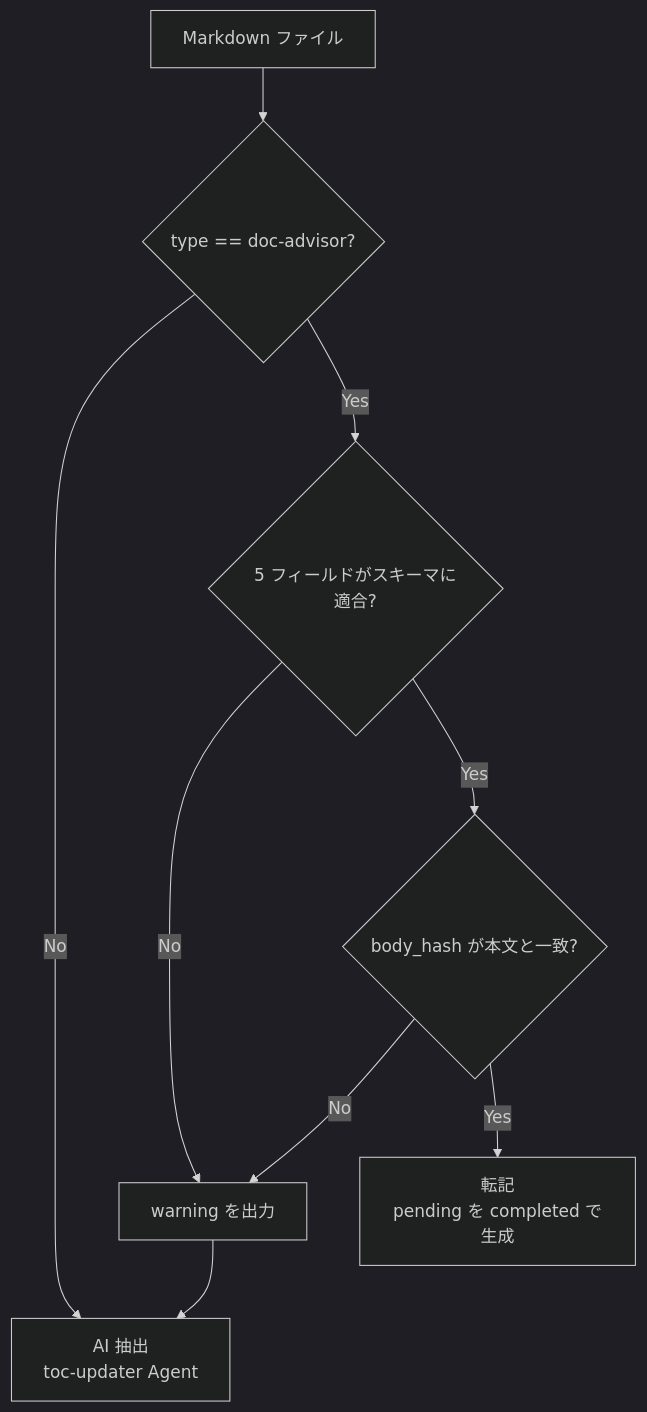
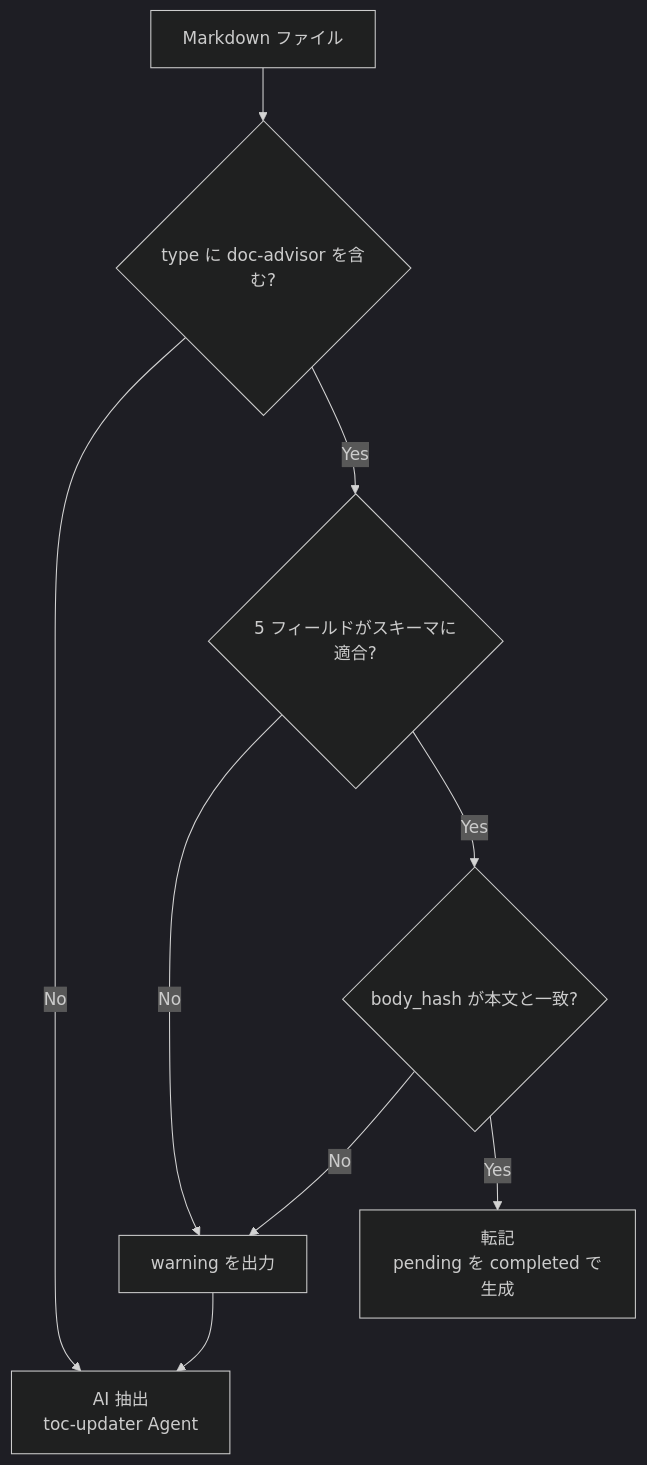
Before and after one commit to BlueEventHorizon/DocAdvisor-CC: the first of 2 diagrams in docs/specs/frontmatter/design/DES-008_frontmatter_metadata.md, drawn with Mermaid (dark theme). The commit also changed other lines of this file and 5 other files, not shown here.

````diff
--- a/docs/specs/frontmatter/design/DES-008_frontmatter_metadata.md
+++ b/docs/specs/frontmatter/design/DES-008_frontmatter_metadata.md
@@ -216,10 +238,10 @@
 ```mermaid
 flowchart TD
-    A[Markdown ファイル] --> B{type == doc-advisor?}
+    A[Markdown ファイル] --> B{type に doc-advisor を含む?}
     B -->|No| F[AI 抽出<br/>toc-updater Agent]
     B -->|Yes| C{5 フィールドがスキーマに適合?}
     C -->|No| W[warning を出力] --> F
     C -->|Yes| D{body_hash が本文と一致?}
     D -->|No| W
     D -->|Yes| E[転記<br/>pending を completed で生成]
 ```
````
